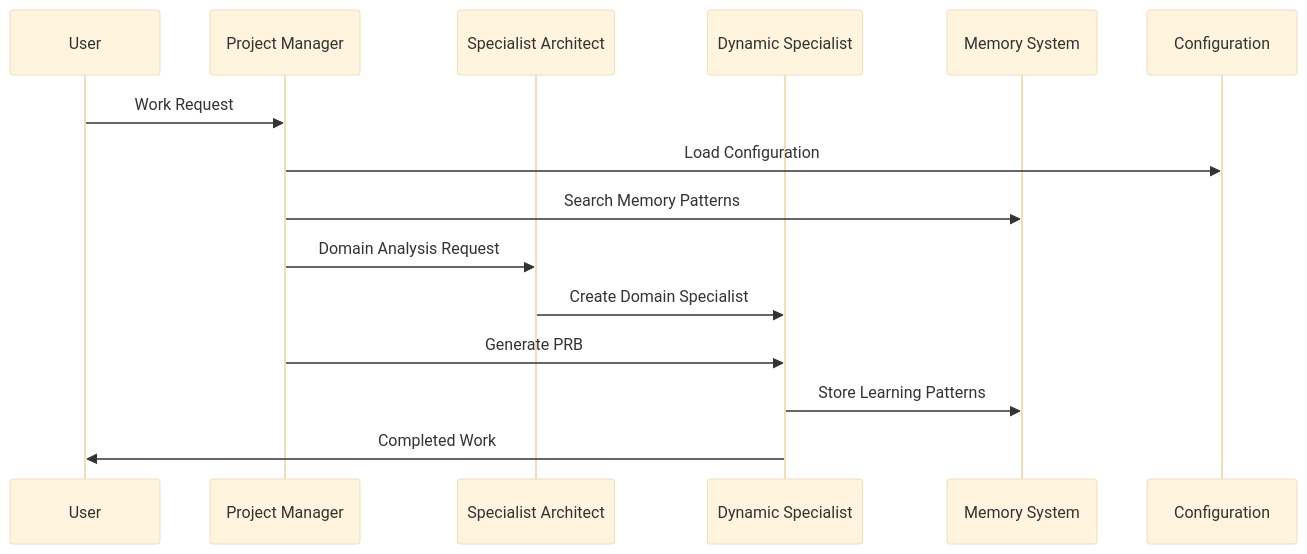
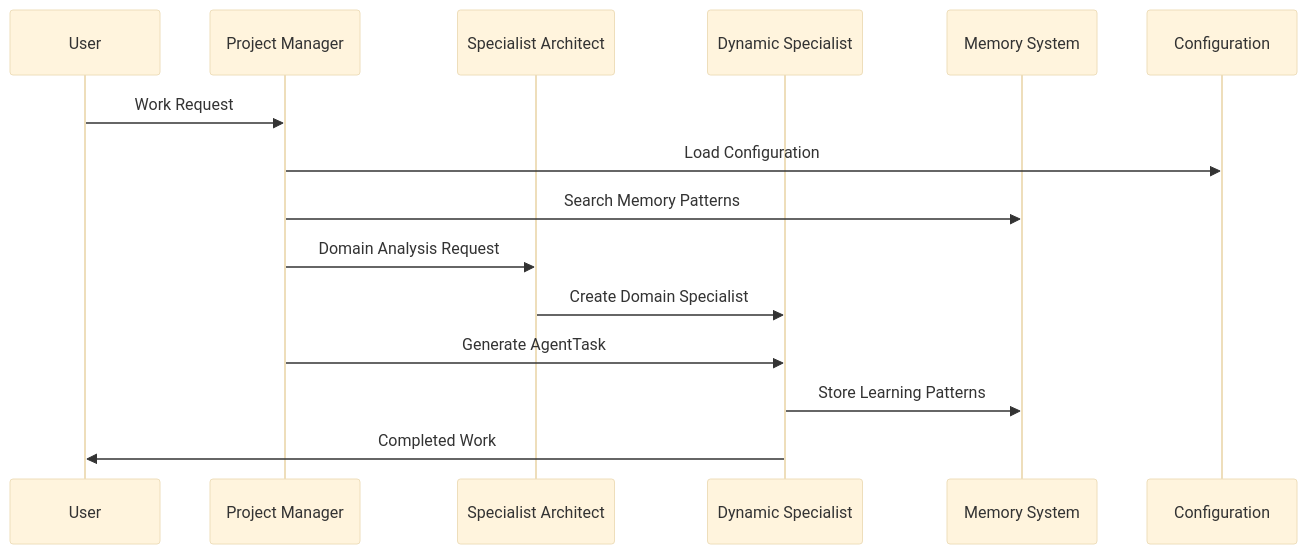
Before and after one commit to intelligentcode-ai/intelligent-claude-code: the fourth of 4 diagrams in docs/architecture.md, drawn with Mermaid (base theme). The commit also changed other lines of this file and 27 other files, not shown here.

````diff
--- a/docs/architecture.md
+++ b/docs/architecture.md
@@ -381,18 +381,18 @@
 ```mermaid
 sequenceDiagram
     participant U as User
     participant PM as Project Manager
     participant A as Specialist Architect
     participant S as Dynamic Specialist
     participant M as Memory System
     participant C as Configuration
     
     U->>PM: Work Request
     PM->>C: Load Configuration
     PM->>M: Search Memory Patterns
     PM->>A: Domain Analysis Request
     A->>S: Create Domain Specialist
-    PM->>S: Generate PRB
+    PM->>S: Generate AgentTask
     S->>M: Store Learning Patterns
     S->>U: Completed Work
 ```
````
